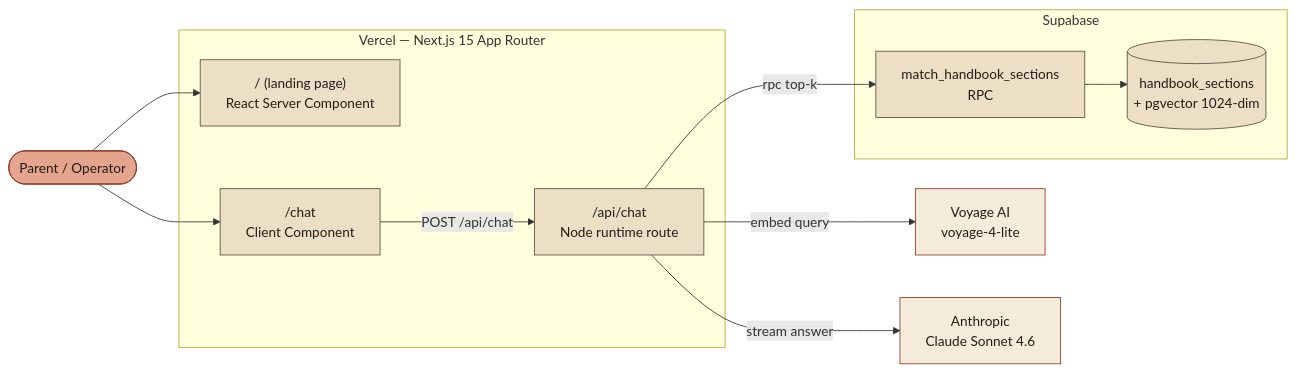
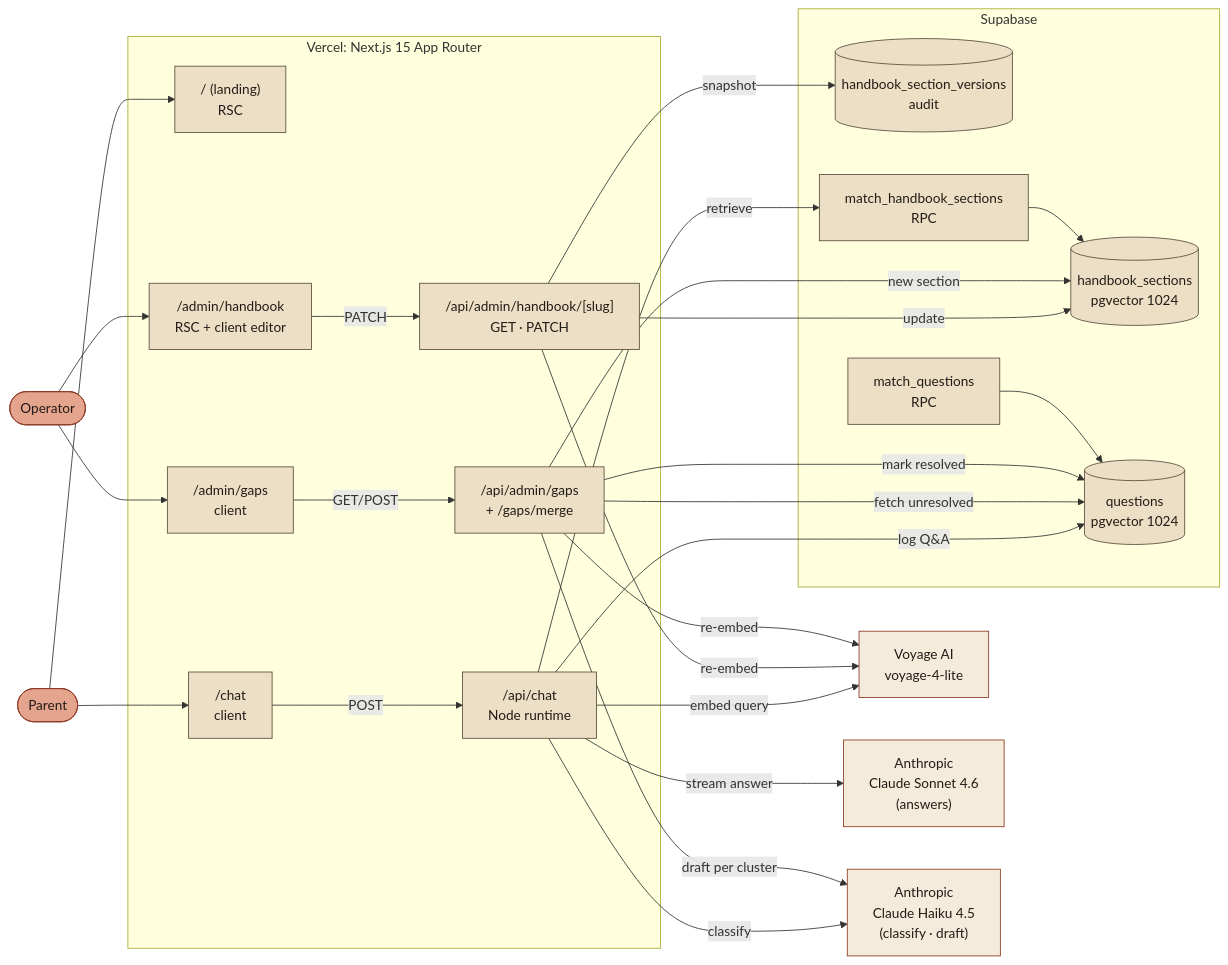
One commit to cooksterj/brightwheel-frontdesk changed the first of 5 diagrams in docs/ARCHITECTURE.md. Above: the diagram before and after it, drawn with Mermaid. The commit also changed other lines of this file and 31 other files, not shown here.

````diff
--- a/docs/ARCHITECTURE.md
+++ b/docs/ARCHITECTURE.md
@@ -16,33 +17,62 @@
 ```mermaid
 flowchart LR
     classDef ext fill:#f4ebda,stroke:#8d3a25,color:#221c16
     classDef svc fill:#ecdfc5,stroke:#5a4c3e,color:#221c16
     classDef user fill:#e5a48e,stroke:#8d3a25,color:#221c16
 
-    User([Parent / Operator]):::user
+    Parent([Parent]):::user
+    Operator([Operator]):::user
 
-    subgraph Vercel["Vercel — Next.js 15 App Router"]
-      Landing["/ (landing page)<br/>React Server Component"]
-      Chat["/chat<br/>Client Component"]
-      API["/api/chat<br/>Node runtime route"]
+    subgraph Vercel["Vercel: Next.js 15 App Router"]
+      Landing["/ (landing)<br/>RSC"]
+      Chat["/chat<br/>client"]
+      AdminH["/admin/handbook<br/>RSC + client editor"]
+      AdminG["/admin/gaps<br/>client"]
+      ChatAPI["/api/chat<br/>Node runtime"]
+      AdminHAPI["/api/admin/handbook/[slug]<br/>GET · PATCH"]
+      AdminGAPI["/api/admin/gaps<br/>+ /gaps/merge"]
     end
 
     subgraph Supabase["Supabase"]
-      DB[("handbook_sections<br/>+ pgvector 1024-dim")]
-      RPC["match_handbook_sections<br/>RPC"]
+      DBH[("handbook_sections<br/>pgvector 1024")]
+      DBV[("handbook_section_versions<br/>audit")]
+      DBQ[("questions<br/>pgvector 1024")]
+      RPC1["match_handbook_sections<br/>RPC"]
+      RPC2["match_questions<br/>RPC"]
     end
 
     Voyage["Voyage AI<br/>voyage-4-lite"]:::ext
-    Claude["Anthropic<br/>Claude Sonnet 4.6"]:::ext
+    Sonnet["Anthropic<br/>Claude Sonnet 4.6<br/>(answers)"]:::ext
+    Haiku["Anthropic<br/>Claude Haiku 4.5<br/>(classify · draft)"]:::ext
 
-    User --> Landing
-    User --> Chat
-    Chat -- "POST /api/chat" --> API
-    API -- "embed query" --> Voyage
-    API -- "rpc top-k" --> RPC
-    RPC --> DB
-    API -- "stream answer" --> Claude
+    Parent --> Landing
+    Parent --> Chat
+    Operator --> AdminH
+    Operator --> AdminG
 
-    class Landing,Chat,API svc
-    class DB,RPC svc
+    Chat -- POST --> ChatAPI
+    AdminH -- PATCH --> AdminHAPI
+    AdminG -- GET/POST --> AdminGAPI
+
+    ChatAPI -- classify --> Haiku
+    ChatAPI -- embed query --> Voyage
+    ChatAPI -- retrieve --> RPC1
+    ChatAPI -- stream answer --> Sonnet
+    ChatAPI -- log Q&A --> DBQ
+
+    AdminHAPI -- re-embed --> Voyage
+    AdminHAPI -- snapshot --> DBV
+    AdminHAPI -- update --> DBH
+
+    AdminGAPI -- fetch unresolved --> DBQ
+    AdminGAPI -- draft per cluster --> Haiku
+    AdminGAPI -- new section --> DBH
+    AdminGAPI -- re-embed --> Voyage
+    AdminGAPI -- mark resolved --> DBQ
+
+    RPC1 --> DBH
+    RPC2 --> DBQ
+
+    class Landing,Chat,AdminH,AdminG,ChatAPI,AdminHAPI,AdminGAPI svc
+    class DBH,DBV,DBQ,RPC1,RPC2 svc
 ```
````
